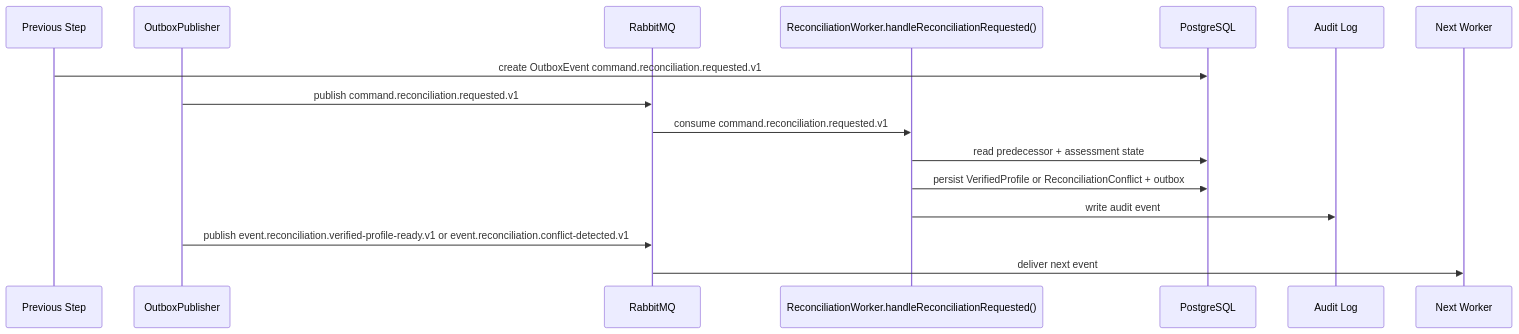
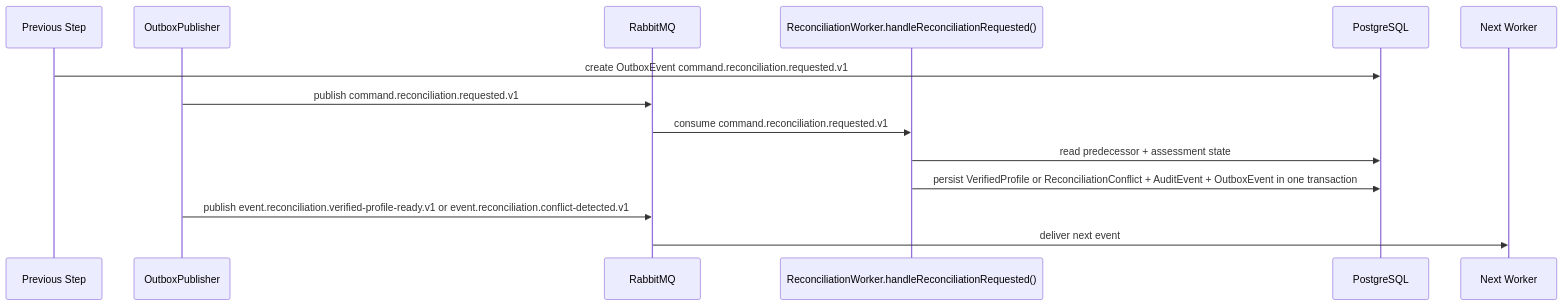
Before and after one commit to khovan123/LCSP: the diagram in docs/developer-execution-blueprints/reconciliation-blueprint.md, drawn with Mermaid. The commit also changed other lines of this file and 14 other files, not shown here.

````diff
--- a/docs/developer-execution-blueprints/reconciliation-blueprint.md
+++ b/docs/developer-execution-blueprints/reconciliation-blueprint.md
@@ -128,19 +127,17 @@
 ```mermaid
 sequenceDiagram
   participant Prev as Previous Step
   participant Outbox as OutboxPublisher
   participant MQ as RabbitMQ
   participant Worker as ReconciliationWorker.handleReconciliationRequested()
   participant DB as PostgreSQL
-  participant Audit as Audit Log
   participant Next as Next Worker
 
   Prev->>DB: create OutboxEvent command.reconciliation.requested.v1
   Outbox->>MQ: publish command.reconciliation.requested.v1
   MQ->>Worker: consume command.reconciliation.requested.v1
   Worker->>DB: read predecessor + assessment state
-  Worker->>DB: persist VerifiedProfile or ReconciliationConflict + outbox
-  Worker->>Audit: write audit event
+  Worker->>DB: persist VerifiedProfile or ReconciliationConflict + AuditEvent + OutboxEvent in one transaction
   Outbox->>MQ: publish event.reconciliation.verified-profile-ready.v1 or event.reconciliation.conflict-detected.v1
   MQ->>Next: deliver next event
 ```
````
